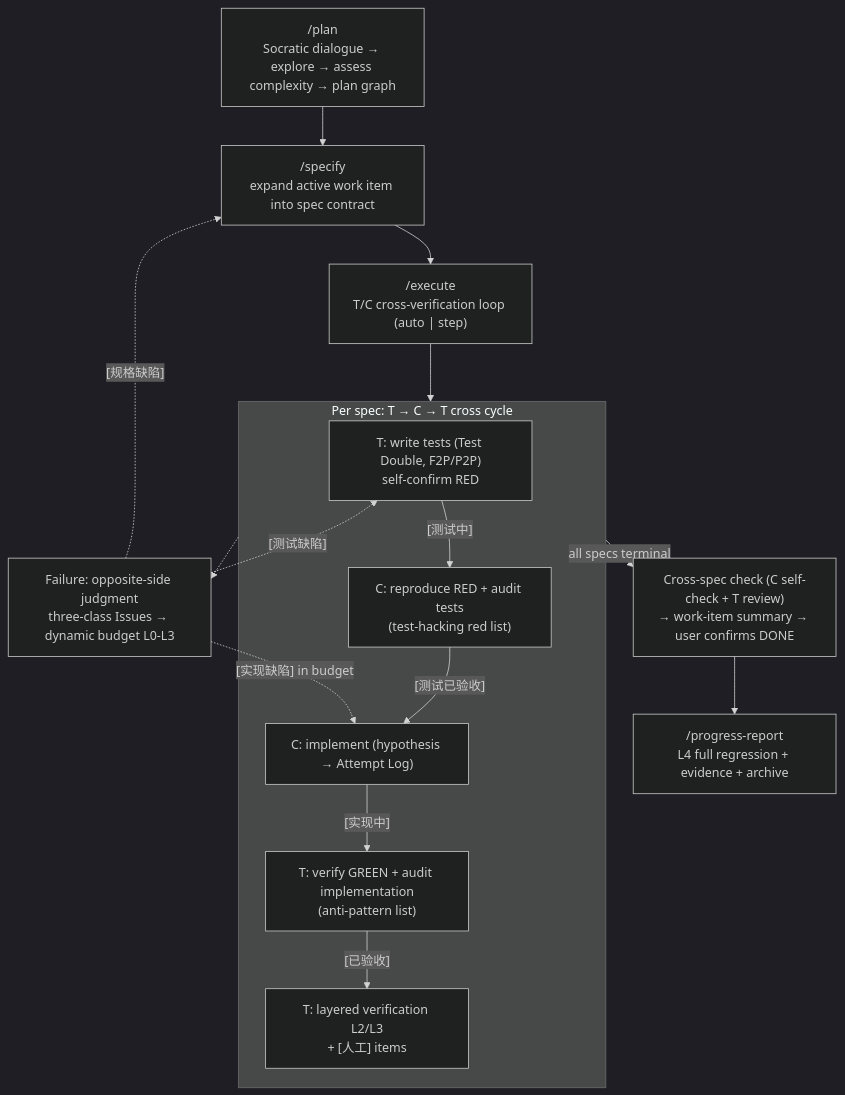
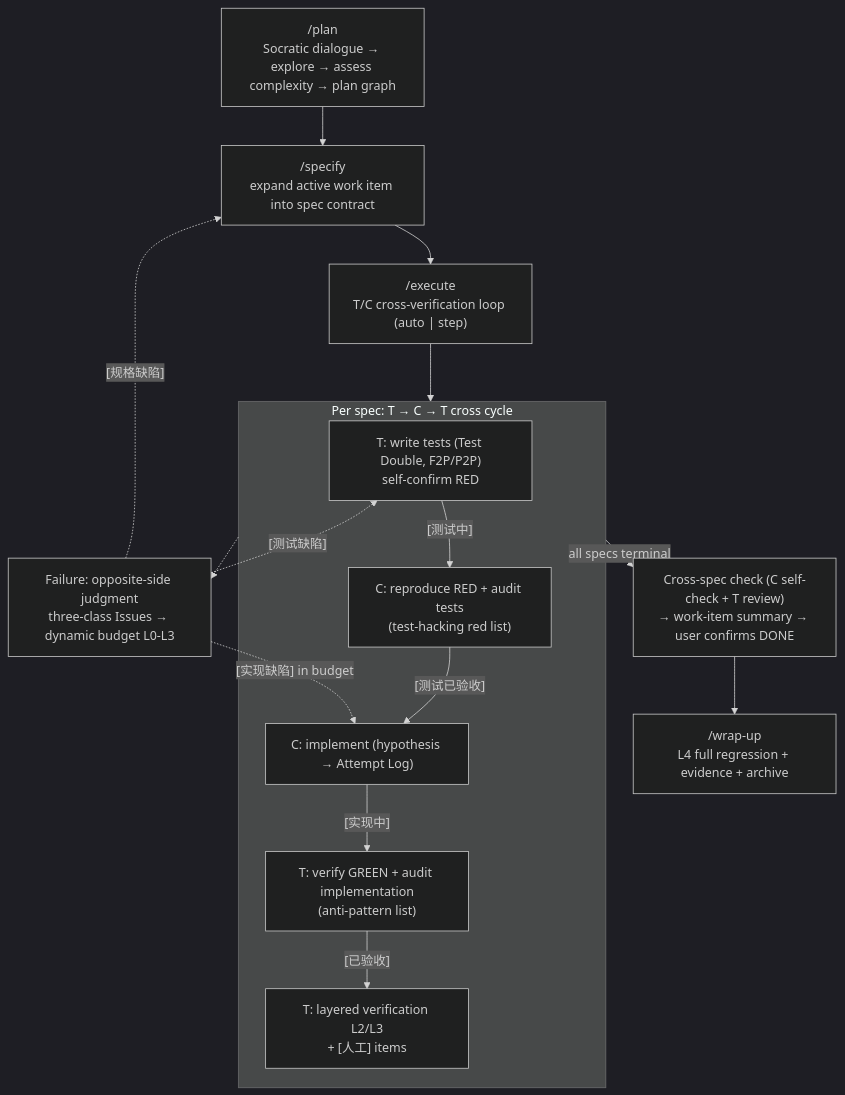
One commit to theLittleStone/SpecForge changed the diagram in README.md. Above: the diagram before and after it, drawn with Mermaid (dark theme). The commit also changed other lines of this file and 6 other files, not shown here.

Commit message:
refactor: rename /progress-report command to /wrap-up

````diff
--- a/README.md
+++ b/README.md
@@ -36,26 +36,26 @@
 ```mermaid
 flowchart TD
     PLAN["/plan<br/>Socratic dialogue → explore → assess complexity → plan graph"]
     PLAN --> SPEC["/specify<br/>expand active work item into spec contract"]
 
     SPEC --> EXEC["/execute<br/>T/C cross-verification loop (auto | step)"]
 
     subgraph LOOP["Per spec: T → C → T cross cycle"]
         T1["T: write tests (Test Double, F2P/P2P)<br/>self-confirm RED"]
         T1 -->|"[测试中]"| C1["C: reproduce RED + audit tests<br/>(test-hacking red list)"]
         C1 -->|"[测试已验收]"| C2["C: implement (hypothesis → Attempt Log)"]
         C2 -->|"[实现中]"| T2["T: verify GREEN + audit implementation<br/>(anti-pattern list)"]
         T2 -->|"[已验收]"| L["T: layered verification L2/L3<br/>+ [人工] items"]
     end
 
     EXEC --> LOOP
     LOOP -->|"all specs terminal"| DONE["Cross-spec check (C self-check + T review)<br/>→ work-item summary → user confirms DONE"]
 
-    DONE --> REPORT["/progress-report<br/>L4 full regression + evidence + archive"]
+    DONE --> REPORT["/wrap-up<br/>L4 full regression + evidence + archive"]
 
     FAIL["Failure: opposite-side judgment<br/>three-class Issues → dynamic budget L0-L3"]
     LOOP -.-> FAIL
     FAIL -.->|"[实现缺陷] in budget"| C2
     FAIL -.->|"[测试缺陷]"| T1
     FAIL -.->|"[规格缺陷]"| SPEC
 ```
````
